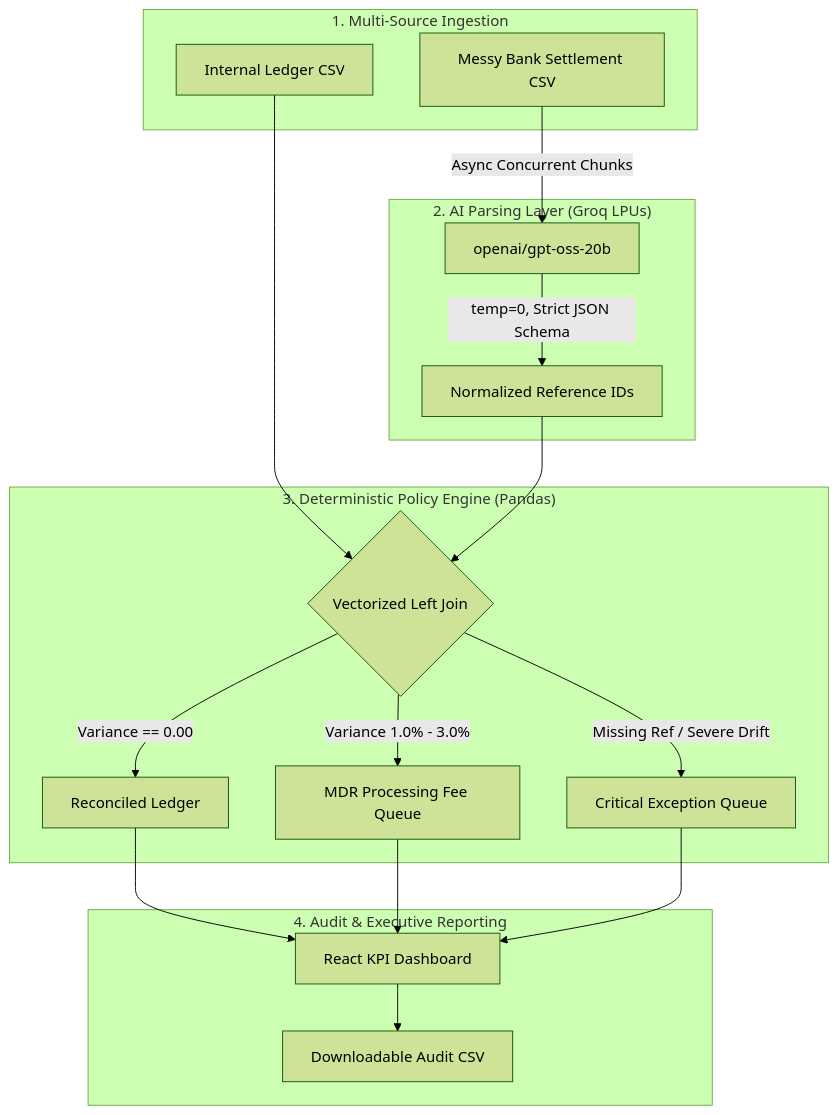
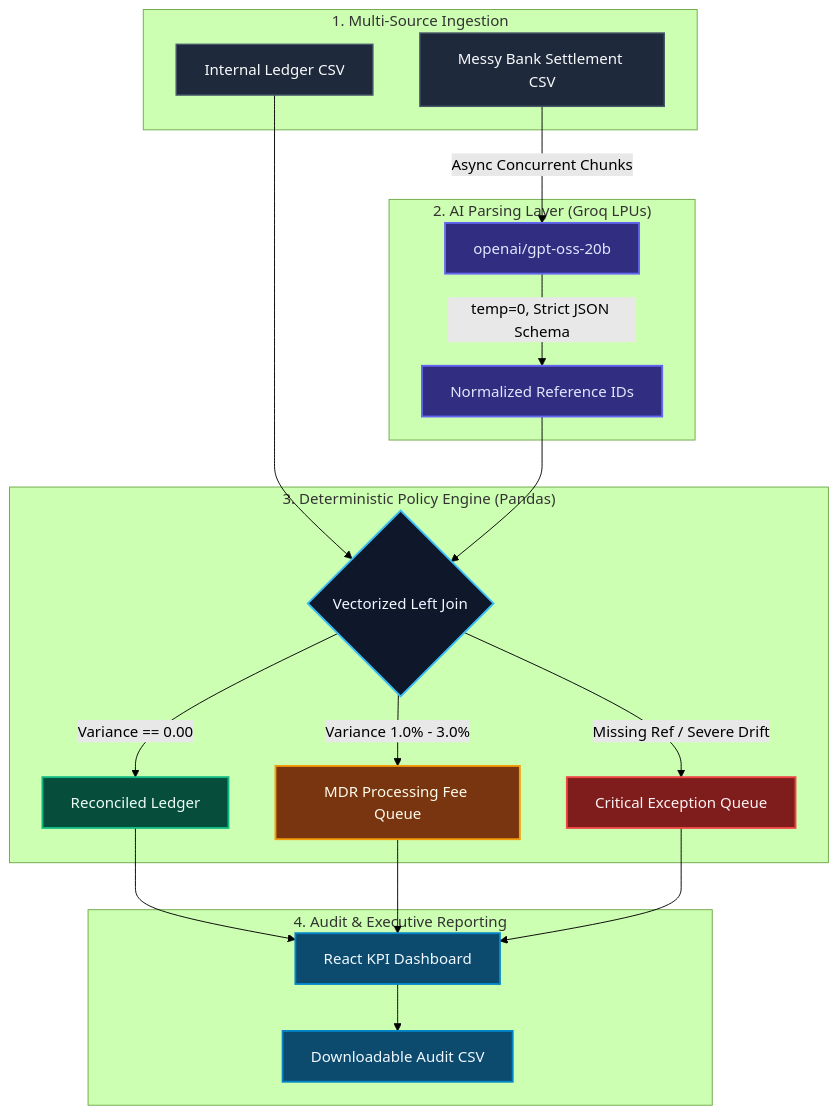
The diagram in README.md (procoder-divyanshv/razorpay-recon-engine), drawn with Mermaid (forest theme) before and after one commit.

Commit message:
style: color-code architecture diagram for audit clarity

````diff
--- a/README.md
+++ b/README.md
@@ -31,27 +31,43 @@
 ```mermaid
 flowchart TD
     subgraph Ingestion ["1. Multi-Source Ingestion"]
         A[Internal Ledger CSV]
         B[Messy Bank Settlement CSV]
     end
 
     subgraph Extraction ["2. AI Parsing Layer (Groq LPUs)"]
         B -->|Async Concurrent Chunks| C[openai/gpt-oss-20b]
         C -->|temp=0, Strict JSON Schema| D[Normalized Reference IDs]
     end
 
     subgraph Settlement ["3. Deterministic Policy Engine (Pandas)"]
         A --> E{Vectorized Left Join}
         D --> E
         E -->|Variance == 0.00| F[Reconciled Ledger]
         E -->|Variance 1.0% - 3.0%| G[MDR Processing Fee Queue]
         E -->|Missing Ref / Severe Drift| H[Critical Exception Queue]
     end
 
     subgraph Interface ["4. Audit & Executive Reporting"]
         F --> I[React KPI Dashboard]
         G --> I
         H --> I
         I --> J[Downloadable Audit CSV]
     end
+    %% Color Palettes (Compatible with GitHub Dark & Light Mode)
+    classDef ingestion fill:#1e293b,stroke:#475569,stroke-width:1.5px,color:#f8fafc;
+    classDef ai fill:#312e81,stroke:#6366f1,stroke-width:2px,color:#e0e7ff;
+    classDef join fill:#0f172a,stroke:#38bdf8,stroke-width:2px,color:#f0f9ff;
+    classDef success fill:#064e3b,stroke:#10b981,stroke-width:2px,color:#ecfdf5;
+    classDef fee fill:#78350f,stroke:#f59e0b,stroke-width:2px,color:#fffbeb;
+    classDef danger fill:#7f1d1d,stroke:#ef4444,stroke-width:2px,color:#fef2f2;
+    classDef ui fill:#0c4a6e,stroke:#0284c7,stroke-width:2px,color:#f0f9ff;
+
+    class A,B ingestion;
+    class C,D ai;
+    class E join;
+    class F success;
+    class G fee;
+    class H danger;
+    class I,J ui;
 ```
````
